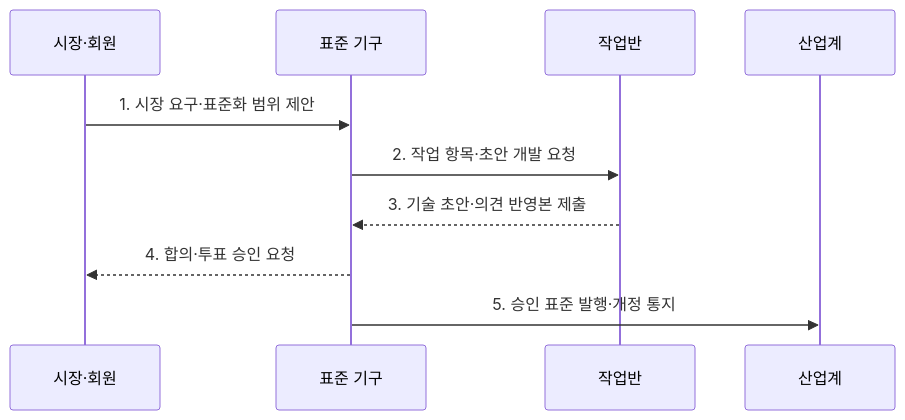
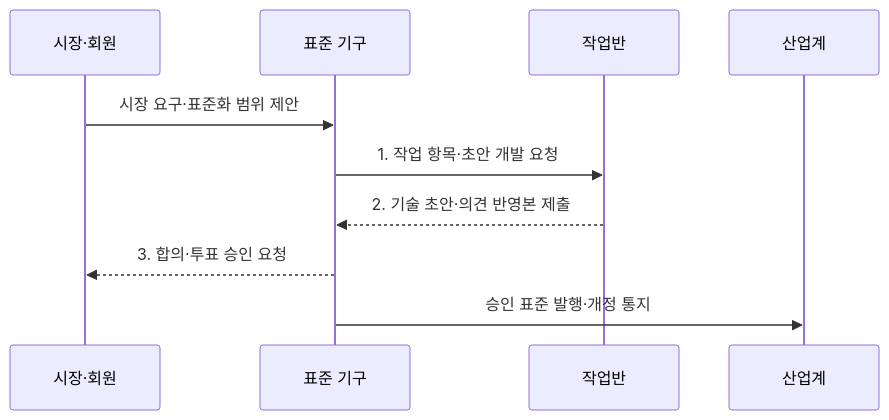
Before and after one commit to agnusdei1207/knowledge-base: the second of 2 diagrams in src/content/docs/notes/07-law-policy/042_international_standards_bodies.md, drawn with Mermaid. The commit also changed other lines of this file and 5 other files, not shown here.

````diff
--- a/src/content/docs/notes/07-law-policy/042_international_standards_bodies.md
+++ b/src/content/docs/notes/07-law-policy/042_international_standards_bodies.md
@@ -76,12 +72,12 @@
 ```mermaid
 sequenceDiagram
     participant M as 시장·회원
     participant S as 표준 기구
     participant W as 작업반
     participant I as 산업계
-    M->>S: 1. 시장 요구·표준화 범위 제안
-    S->>W: 2. 작업 항목·초안 개발 요청
-    W-->>S: 3. 기술 초안·의견 반영본 제출
-    S-->>M: 4. 합의·투표 승인 요청
-    S->>I: 5. 승인 표준 발행·개정 통지
+    M->>S: 시장 요구·표준화 범위 제안
+    S->>W: 1. 작업 항목·초안 개발 요청
+    W-->>S: 2. 기술 초안·의견 반영본 제출
+    S-->>M: 3. 합의·투표 승인 요청
+    S->>I: 승인 표준 발행·개정 통지
 ```
````
